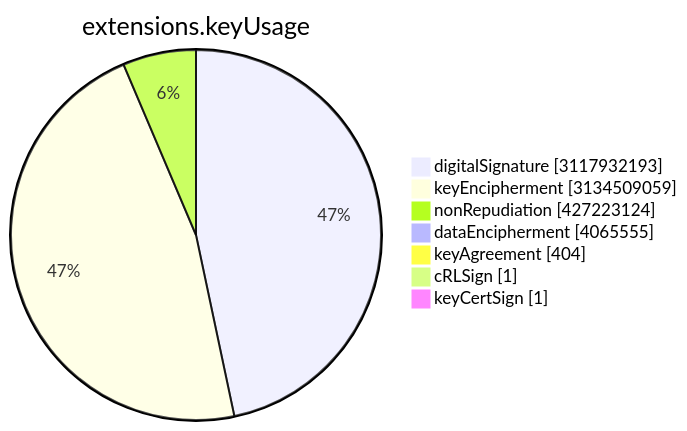
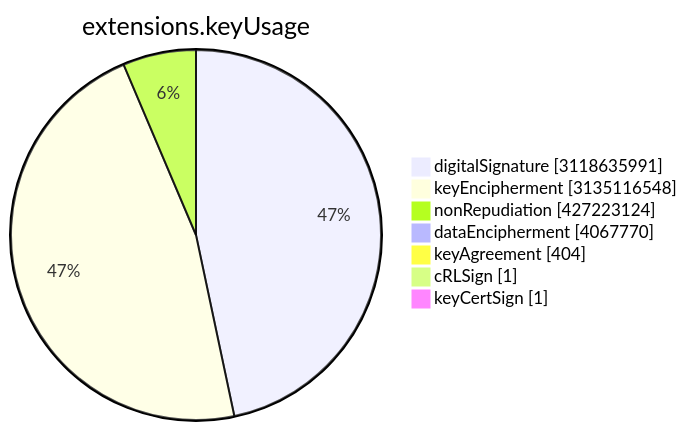
Before and after one commit to christiankrug/ctmonitor_visualization: the sixth of 15 diagrams in TOTAL/README.md, drawn with Mermaid. The commit also changed other lines of this file, not shown here.

````diff
--- a/TOTAL/README.md
+++ b/TOTAL/README.md
@@ -3077,11 +3077,11 @@
 ```mermaid
 pie showData
 title extensions.keyUsage
-"digitalSignature" :3117932193
-"keyEncipherment" :3134509059
+"digitalSignature" :3118635991
+"keyEncipherment" :3135116548
 "nonRepudiation" :427223124
-"dataEncipherment" :4065555
+"dataEncipherment" :4067770
 "keyAgreement" :404
 "cRLSign" :1
 "keyCertSign" :1
 ```
````
